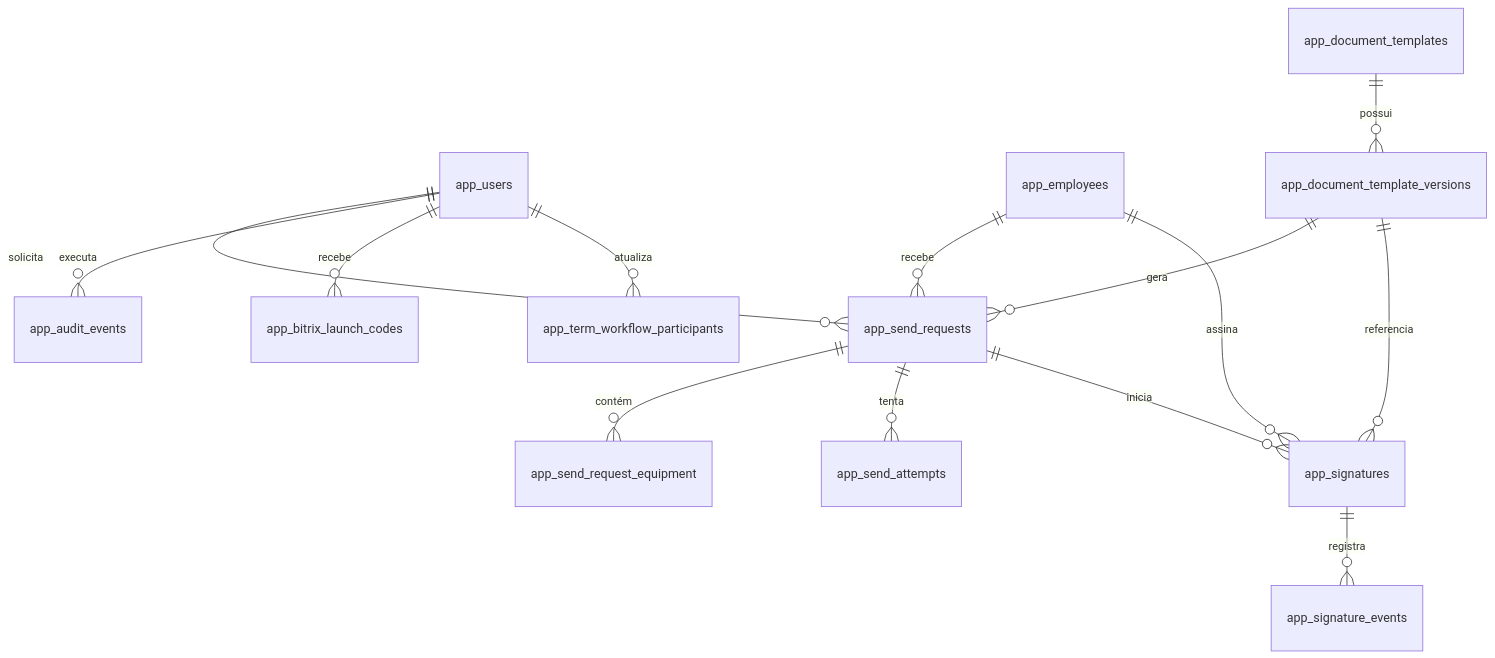
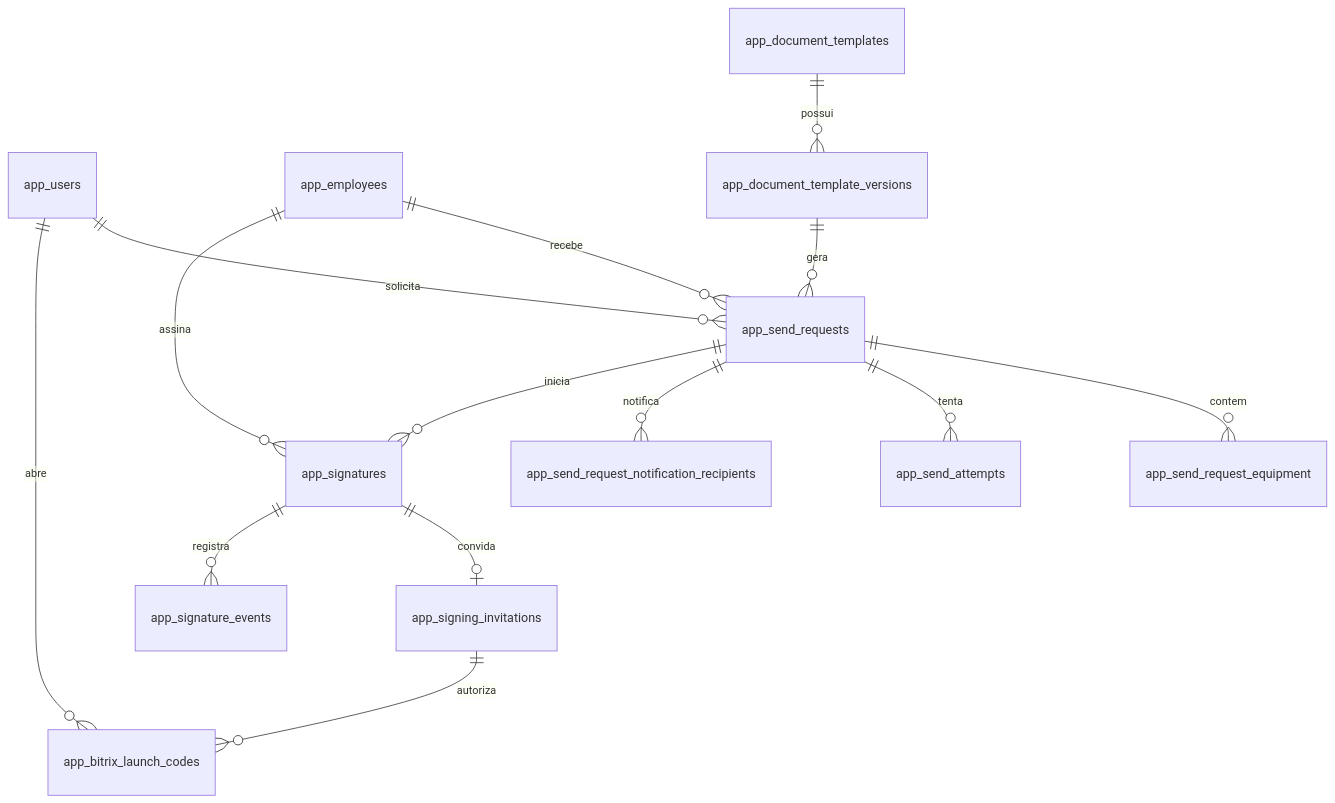
Before and after one commit to LucasNicotari/fortatech-termos-responsabilidade: the diagram in docs/database.md, drawn with Mermaid. The commit also changed other lines of this file and 36 other files, not shown here.

````diff
--- a/docs/database.md
+++ b/docs/database.md
@@ -7,16 +8,16 @@
 ```mermaid
 erDiagram
   app_users ||--o{ app_send_requests : solicita
-  app_users ||--o{ app_audit_events : executa
-  app_users ||--o{ app_bitrix_launch_codes : recebe
-  app_users ||--o{ app_term_workflow_participants : atualiza
+  app_users ||--o{ app_bitrix_launch_codes : abre
   app_employees ||--o{ app_send_requests : recebe
   app_employees ||--o{ app_signatures : assina
   app_document_templates ||--o{ app_document_template_versions : possui
   app_document_template_versions ||--o{ app_send_requests : gera
-  app_document_template_versions ||--o{ app_signatures : referencia
-  app_send_requests ||--o{ app_send_request_equipment : contém
+  app_send_requests ||--o{ app_send_request_equipment : contem
   app_send_requests ||--o{ app_send_attempts : tenta
+  app_send_requests ||--o{ app_send_request_notification_recipients : notifica
   app_send_requests ||--o{ app_signatures : inicia
+  app_signatures ||--o| app_signing_invitations : convida
   app_signatures ||--o{ app_signature_events : registra
+  app_signing_invitations ||--o{ app_bitrix_launch_codes : autoriza
 ```
````
